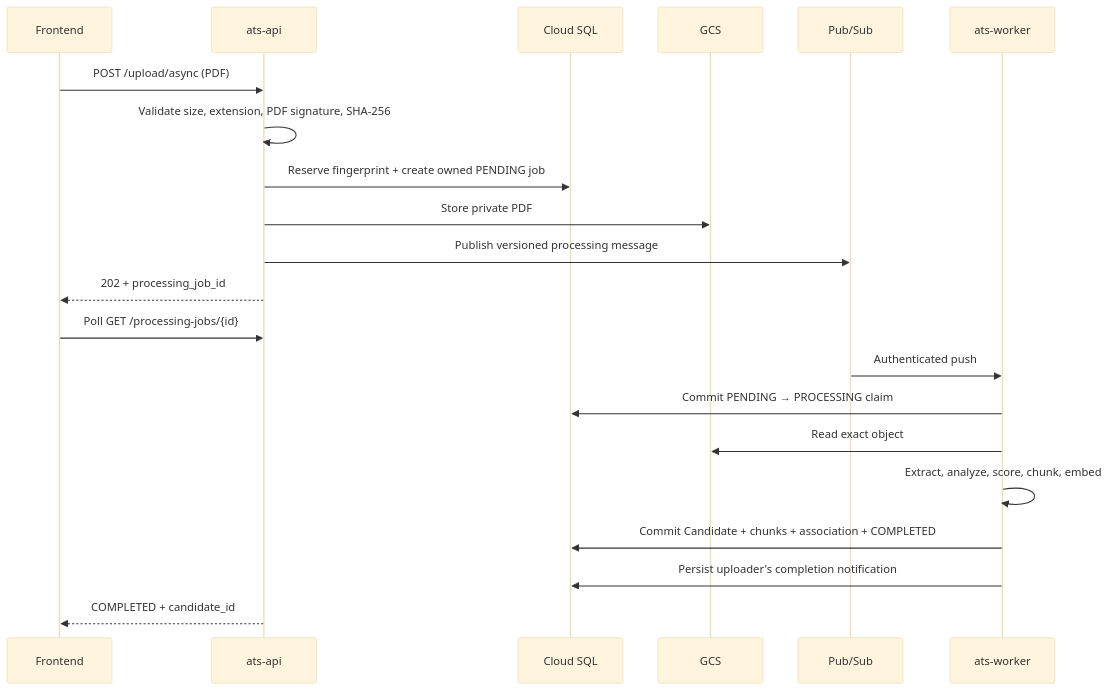
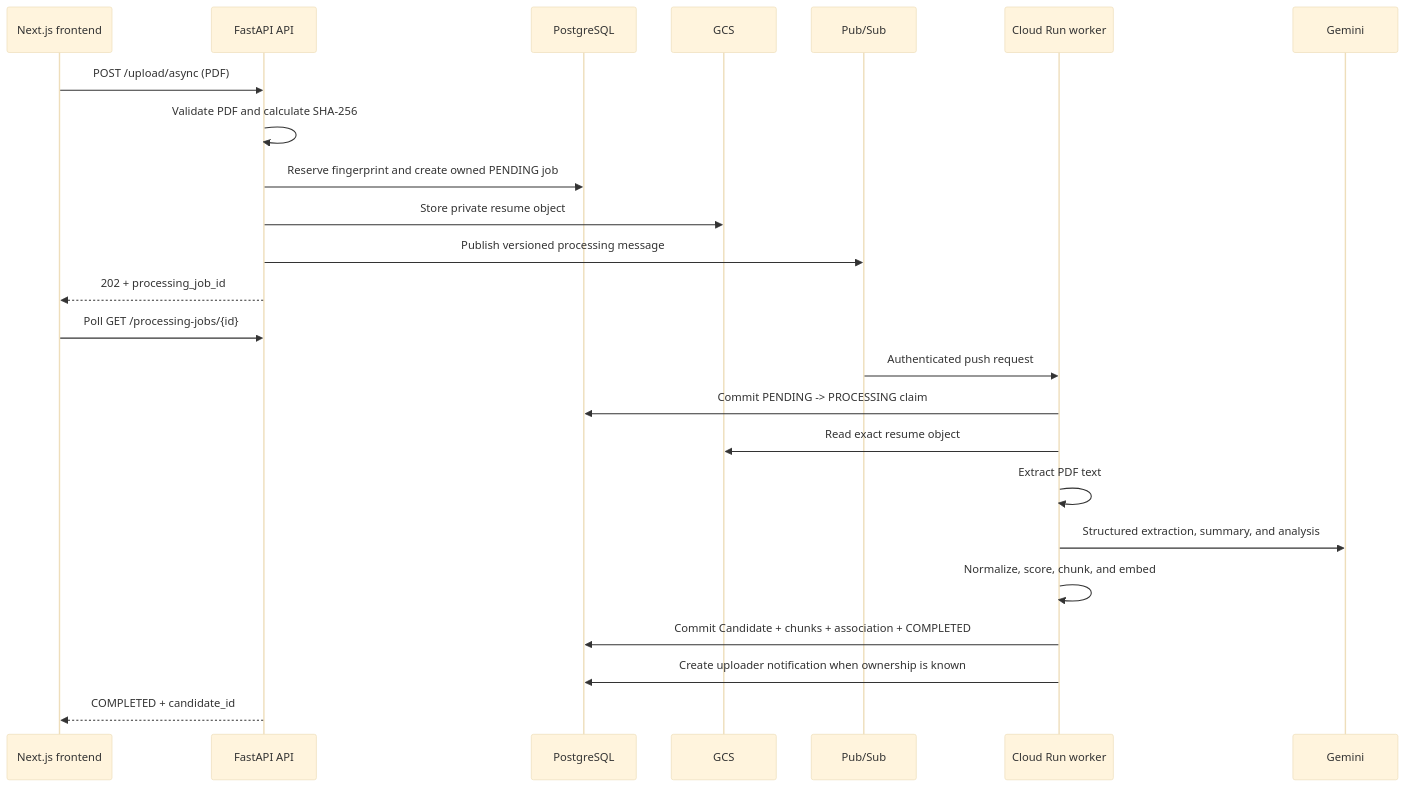
The second of 2 diagrams in README.md (baramee-chaisuwan/AI-Document-Intelligence), drawn with Mermaid (base theme) before and after one commit. The commit also changed other lines of this file, not shown here.

Commit message:
docs: update README for current ATS platform

````diff
--- a/README.md
+++ b/README.md
@@ -208,24 +179,27 @@
 ```mermaid
 sequenceDiagram
-    participant F as Frontend
-    participant A as ats-api
-    participant D as Cloud SQL
+    participant F as Next.js frontend
+    participant A as FastAPI API
+    participant D as PostgreSQL
     participant G as GCS
     participant P as Pub/Sub
-    participant W as ats-worker
+    participant W as Cloud Run worker
+    participant M as Gemini
 
     F->>A: POST /upload/async (PDF)
-    A->>A: Validate size, extension, PDF signature, SHA-256
-    A->>D: Reserve fingerprint + create owned PENDING job
-    A->>G: Store private PDF
+    A->>A: Validate PDF and calculate SHA-256
+    A->>D: Reserve fingerprint and create owned PENDING job
+    A->>G: Store private resume object
     A->>P: Publish versioned processing message
     A-->>F: 202 + processing_job_id
     F->>A: Poll GET /processing-jobs/{id}
-    P->>W: Authenticated push
-    W->>D: Commit PENDING → PROCESSING claim
-    W->>G: Read exact object
-    W->>W: Extract, analyze, score, chunk, embed
+    P->>W: Authenticated push request
+    W->>D: Commit PENDING -> PROCESSING claim
+    W->>G: Read exact resume object
+    W->>W: Extract PDF text
+    W->>M: Structured extraction, summary, and analysis
+    W->>W: Normalize, score, chunk, and embed
     W->>D: Commit Candidate + chunks + association + COMPLETED
-    W->>D: Persist uploader's completion notification
+    W->>D: Create uploader notification when ownership is known
     A-->>F: COMPLETED + candidate_id
 ```
````
